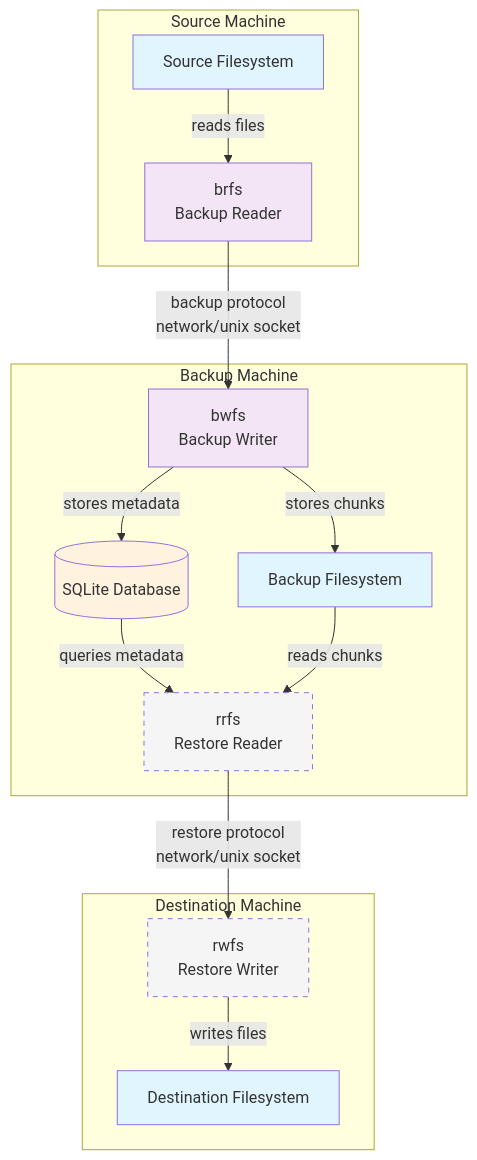
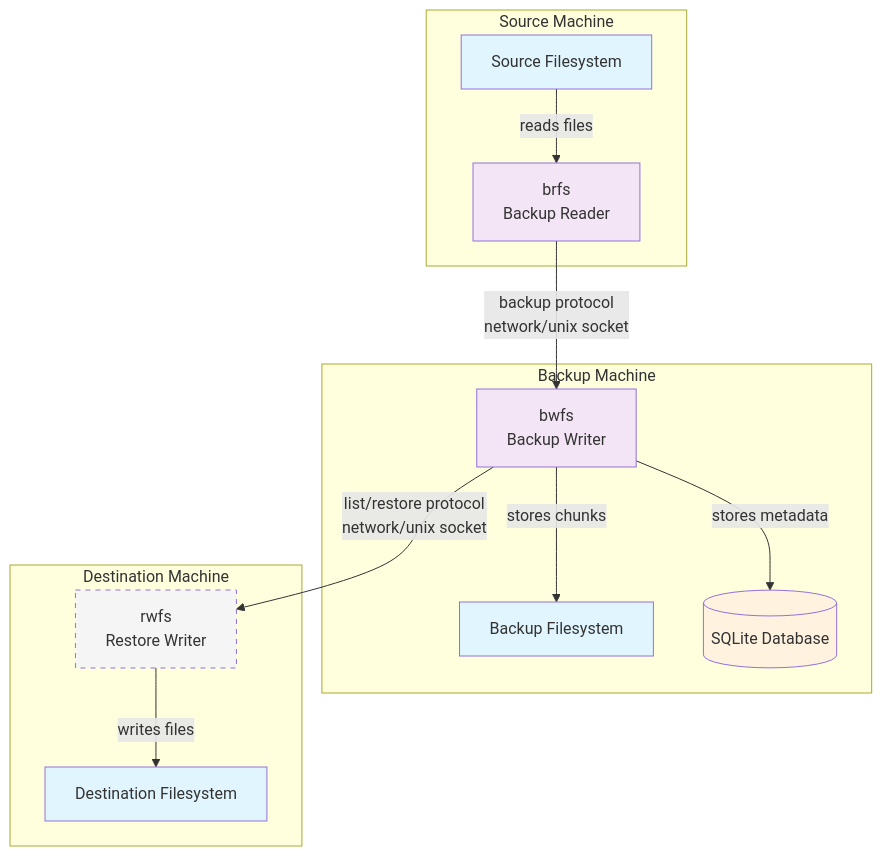
The diagram in docs/ARCHITECTURE.md (alex-sviridov/miniprotector), drawn with Mermaid before and after one commit. The commit also changed other lines of this file and 4 other files, not shown here.

Commit message:
chore: remove obsolete rrfs stub, update architecture docs

````diff
--- a/docs/ARCHITECTURE.md
+++ b/docs/ARCHITECTURE.md
@@ -29,41 +27,38 @@
 ```mermaid
 graph TB
     subgraph "Source Machine"
         SrcFS[Source Filesystem]
         brfs[brfs<br/>Backup Reader]
     end
 
     subgraph "Backup Machine"
         bwfs[bwfs<br/>Backup Writer]
-        rrfs[rrfs<br/>Restore Reader]
         BackupFS[Backup Filesystem]
         DB[(SQLite Database)]
     end
 
     subgraph "Destination Machine"
         rwfs[rwfs<br/>Restore Writer]
         DstFS[Destination Filesystem]
     end
 
     %% Backup Flow
     SrcFS -->|reads files| brfs
     brfs -->|backup protocol<br/>network/unix socket| bwfs
     bwfs -->|stores chunks| BackupFS
     bwfs -->|stores metadata| DB
 
     %% Restore Flow (planned)
-    DB -->|queries metadata| rrfs
-    BackupFS -->|reads chunks| rrfs
-    rrfs -->|restore protocol<br/>network/unix socket| rwfs
+    bwfs -->|list/restore protocol<br/>network/unix socket| rwfs
     rwfs -->|writes files| DstFS
 
     classDef filesystem fill:#e1f5fe
     classDef component fill:#f3e5f5
     classDef planned fill:#f5f5f5,stroke-dasharray:5
     classDef database fill:#fff3e0
 
     class SrcFS,BackupFS,DstFS filesystem
     class brfs,bwfs component
-    class rrfs,rwfs planned
+    class rwfs planned
     class DB database
 ```
````
